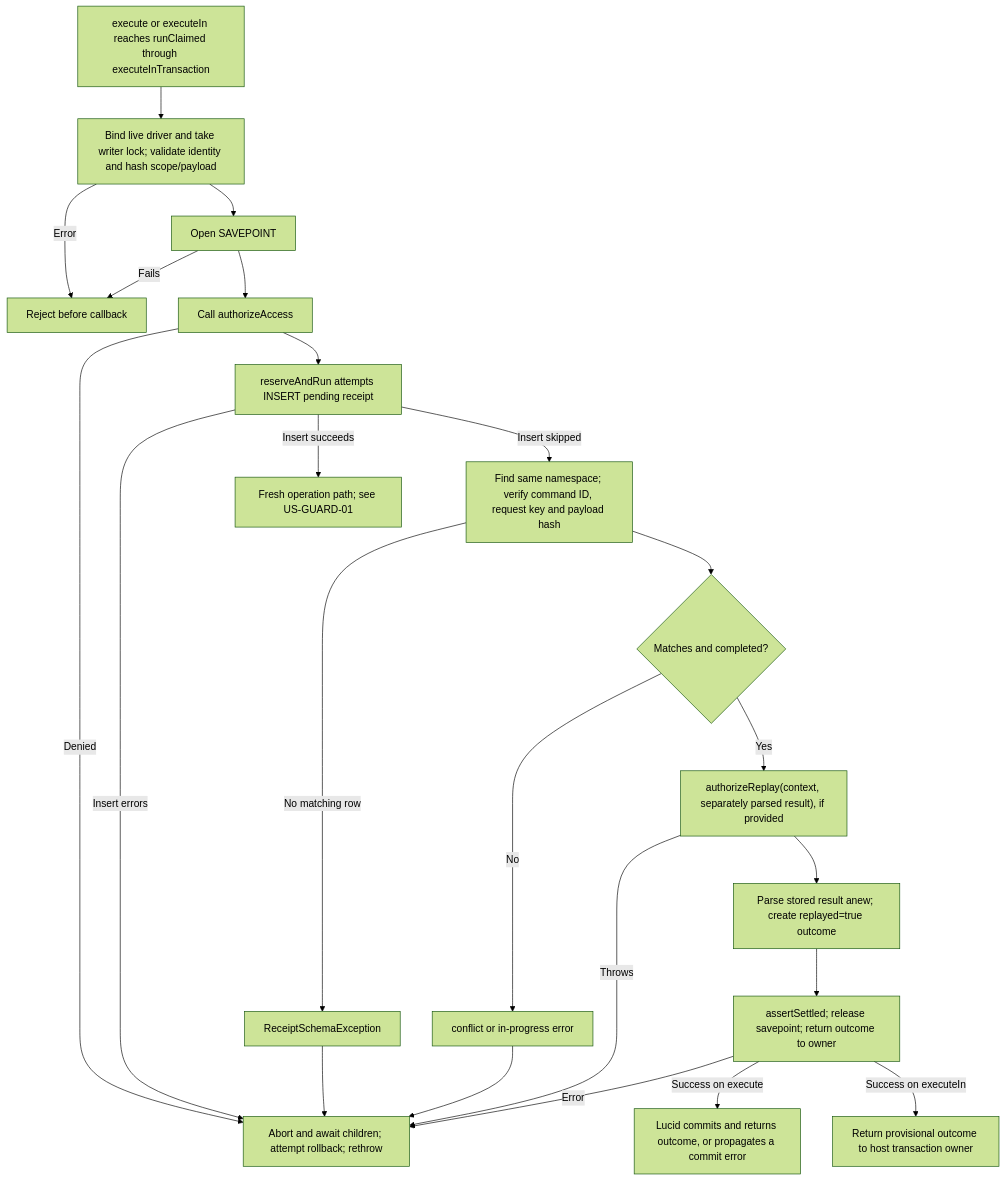
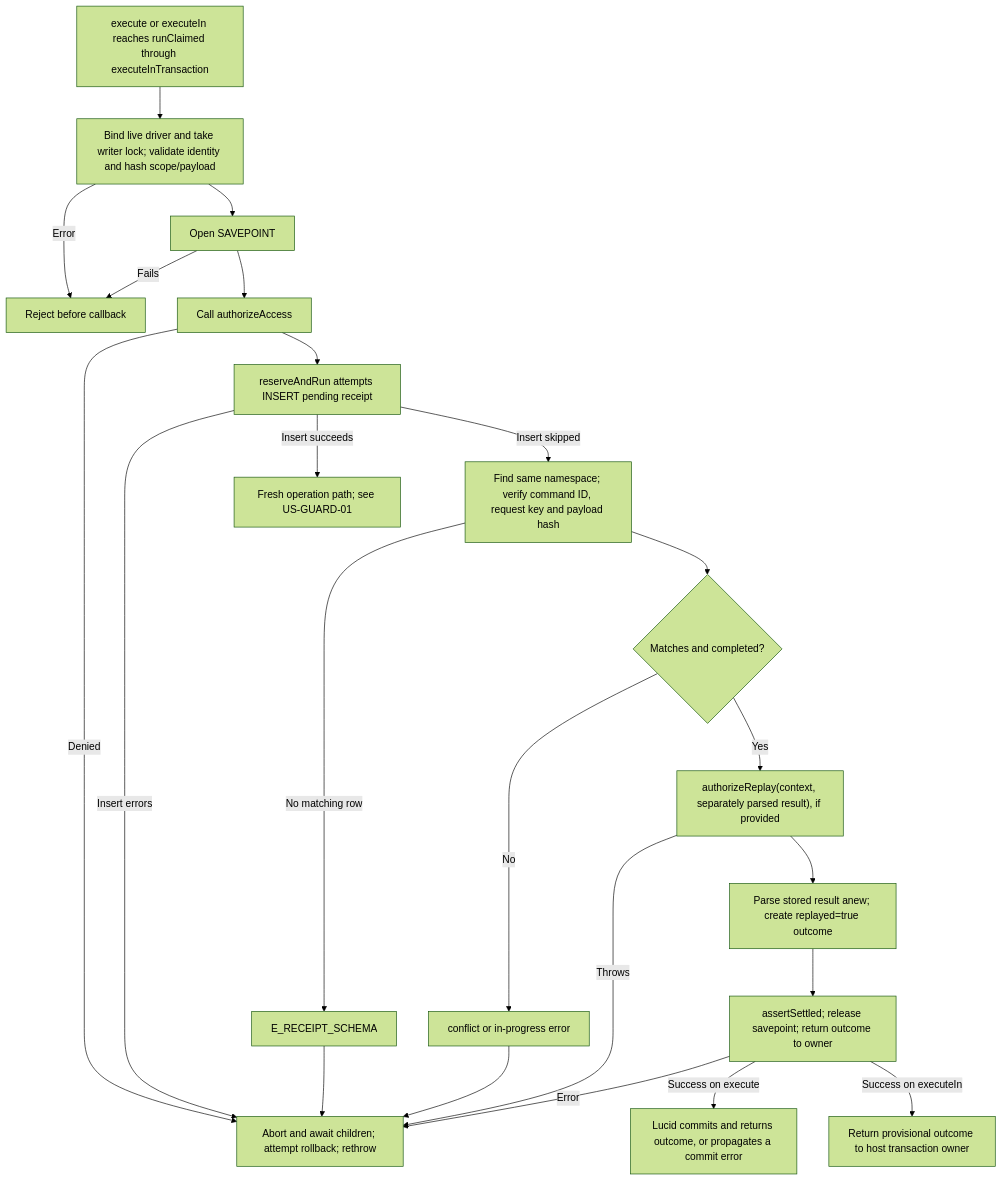
Before and after one commit to Kevinjohn/oss-adonisjs-duplicate-request-guard: the second of 2 diagrams in user-stories/US-GUARD-03-authorize-replay.md, drawn with Mermaid (forest theme). The commit also changed other lines of this file and 18 other files, not shown here.

````diff
--- a/user-stories/US-GUARD-03-authorize-replay.md
+++ b/user-stories/US-GUARD-03-authorize-replay.md
@@ -43,25 +43,25 @@
 ```mermaid
 flowchart TD
     A["execute or executeIn reaches runClaimed through executeInTransaction"] --> V["Bind live driver and take writer lock; validate identity and hash scope/payload"]
     V -->|Error| X["Reject before callback"]
     V --> S2["Open SAVEPOINT"]
     S2 -->|Fails| X
     S2 --> A2["Call authorizeAccess"]
     A2 -->|Denied| Z["Abort and await children; attempt rollback; rethrow"]
     A2 --> B["reserveAndRun attempts INSERT pending receipt"]
     B -->|Insert errors| Z
     B -->|Insert succeeds| N["Fresh operation path; see US-GUARD-01"]
     B -->|Insert skipped| C["Find same namespace; verify command ID, request key and payload hash"]
-    C -->|No matching row| S["ReceiptSchemaException"]
+    C -->|No matching row| S["E_RECEIPT_SCHEMA"]
     S --> Z
     C --> D{"Matches and completed?"}
     D -->|No| E["conflict or in-progress error"]
     E --> Z
     D -->|Yes| G["authorizeReplay(context, separately parsed result), if provided"]
     G -->|Throws| Z
     G --> H["Parse stored result anew; create replayed=true outcome"]
     H --> T["assertSettled; release savepoint; return outcome to owner"]
     T -->|Error| Z
     T -->|Success on execute| O["Lucid commits and returns outcome, or propagates a commit error"]
     T -->|Success on executeIn| P["Return provisional outcome to host transaction owner"]
 ```
````
